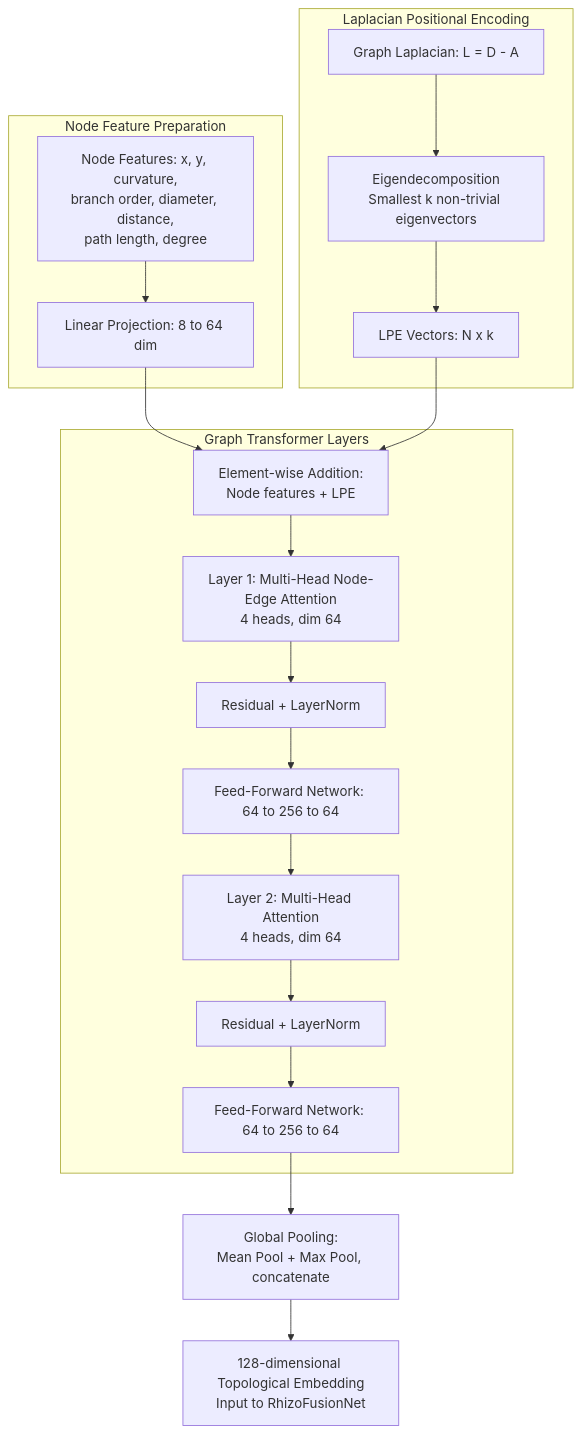
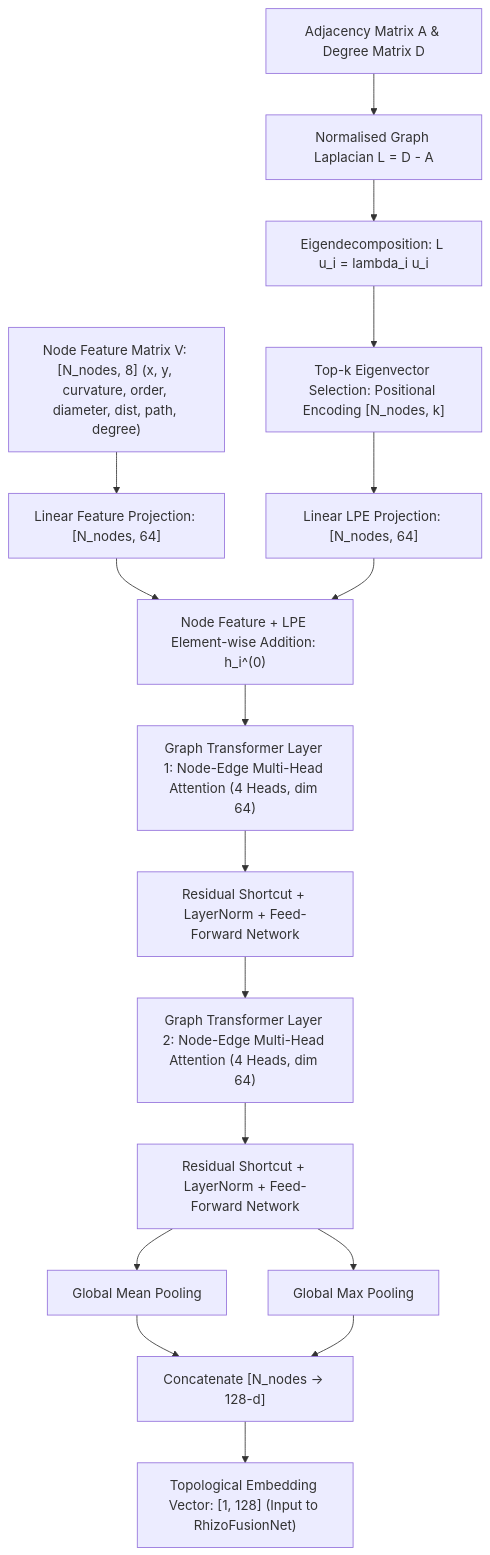
One commit to Runtime-Slayers/RhizoWhisperer changed the sixth of 7 diagrams in elsevier/manuscript.md. Above: the diagram before and after it, drawn with Mermaid. The commit also changed other lines of this file and 4 other files, not shown here.

Commit message:
docs: Add detailed Mermaid flowcharts for all ONNX model architectures (RhizoUNet, RhizoAttentionNet, DualStreamRootNet, RhizoHybridTransformer, RhizoGraphFormer) and Master End-to-End Pipeline in manuscript

````diff
--- a/elsevier/manuscript.md
+++ b/elsevier/manuscript.md
@@ -337,26 +315,21 @@
 ```mermaid
 flowchart TD
-    subgraph NodeInput ["Node Feature Preparation"]
-        RAW["Node Features: x, y, curvature,\nbranch order, diameter, distance,\npath length, degree"] --> PROJ["Linear Projection: 8 to 64 dim"]
-    end
-
-    subgraph LPEBlock ["Laplacian Positional Encoding"]
-        LAP["Graph Laplacian: L = D - A"] --> EIGEN["Eigendecomposition\nSmallest k non-trivial eigenvectors"]
-        EIGEN --> LPE_VEC["LPE Vectors: N x k"]
-    end
-
-    PROJ --> COMBINE["Element-wise Addition:\nNode features + LPE"]
-    LPE_VEC --> COMBINE
-
-    subgraph GTLayers ["Graph Transformer Layers"]
-        COMBINE --> GT1["Layer 1: Multi-Head Node-Edge Attention\n4 heads, dim 64"]
-        GT1 --> NORM1["Residual + LayerNorm"]
-        NORM1 --> FFN1["Feed-Forward Network: 64 to 256 to 64"]
-        FFN1 --> GT2["Layer 2: Multi-Head Attention\n4 heads, dim 64"]
-        GT2 --> NORM2["Residual + LayerNorm"]
-        NORM2 --> FFN2["Feed-Forward Network: 64 to 256 to 64"]
-    end
-
-    FFN2 --> POOL["Global Pooling:\nMean Pool + Max Pool, concatenate"]
-    POOL --> EMB["128-dimensional Topological Embedding\nInput to RhizoFusionNet"]
+    IN_V["Node Feature Matrix V: [N_nodes, 8] (x, y, curvature, order, diameter, dist, path, degree)"] --> PROJ_V["Linear Feature Projection: [N_nodes, 64]"]
+    IN_E["Adjacency Matrix A & Degree Matrix D"] --> LAPLACIAN["Normalised Graph Laplacian L = D - A"]
+    
+    LAPLACIAN --> EIGEN["Eigendecomposition: L u_i = lambda_i u_i"]
+    EIGEN --> LPE["Top-k Eigenvector Selection: Positional Encoding [N_nodes, k]"]
+    LPE --> PROJ_LPE["Linear LPE Projection: [N_nodes, 64]"]
+    
+    PROJ_V & PROJ_LPE --> ADD_ENC["Node Feature + LPE Element-wise Addition: h_i^(0)"]
+    
+    ADD_ENC --> GT1["Graph Transformer Layer 1: Node-Edge Multi-Head Attention (4 Heads, dim 64)"]
+    GT1 --> NORM1["Residual Shortcut + LayerNorm + Feed-Forward Network"]
+    NORM1 --> GT2["Graph Transformer Layer 2: Node-Edge Multi-Head Attention (4 Heads, dim 64)"]
+    GT2 --> NORM2["Residual Shortcut + LayerNorm + Feed-Forward Network"]
+    
+    NORM2 --> MEAN_POOL["Global Mean Pooling"]
+    NORM2 --> MAX_POOL["Global Max Pooling"]
+    MEAN_POOL & MAX_POOL --> CAT_POOL["Concatenate [N_nodes -> 128-d]"]
+    CAT_POOL --> OUT_EMB["Topological Embedding Vector: [1, 128] (Input to RhizoFusionNet)"]
 ```
````
